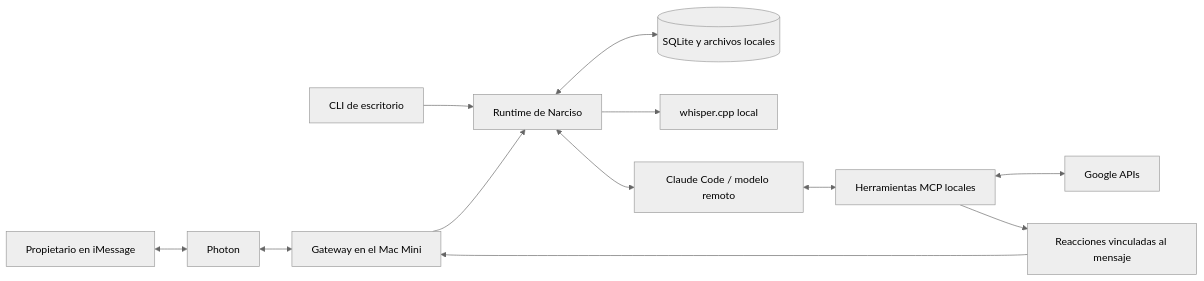
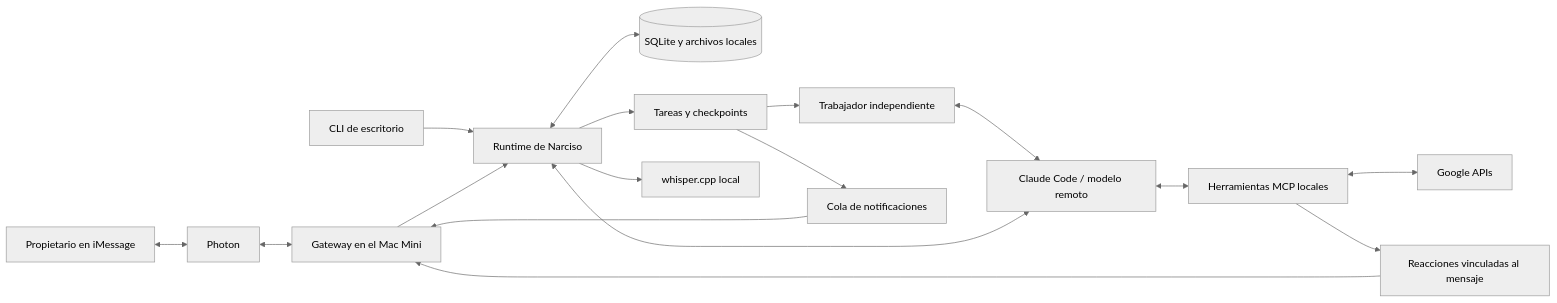
Before and after one commit to danglade/narciso: the diagram in README.md, drawn with Mermaid (neutral theme). The commit also changed other lines of this file and 17 other files, not shown here.

````diff
--- a/README.md
+++ b/README.md
@@ -79,14 +88,19 @@
 ```mermaid
 flowchart LR
     Owner[Propietario en iMessage] <--> Photon[Photon]
     Photon <--> Gateway[Gateway en el Mac Mini]
     CLI[CLI de escritorio] --> Runtime[Runtime de Narciso]
     Gateway --> Runtime
     Runtime <--> DB[(SQLite y archivos locales)]
+    Runtime --> Jobs[Tareas y checkpoints]
+    Jobs --> Worker[Trabajador independiente]
+    Worker <--> Claude
+    Jobs --> Notify[Cola de notificaciones]
+    Notify --> Gateway
     Runtime --> Speech[whisper.cpp local]
     Runtime <--> Claude[Claude Code / modelo remoto]
     Claude <--> MCP[Herramientas MCP locales]
     MCP <--> Google[Google APIs]
     MCP --> Reactions[Reacciones vinculadas al mensaje]
     Reactions --> Gateway
 ```
````
